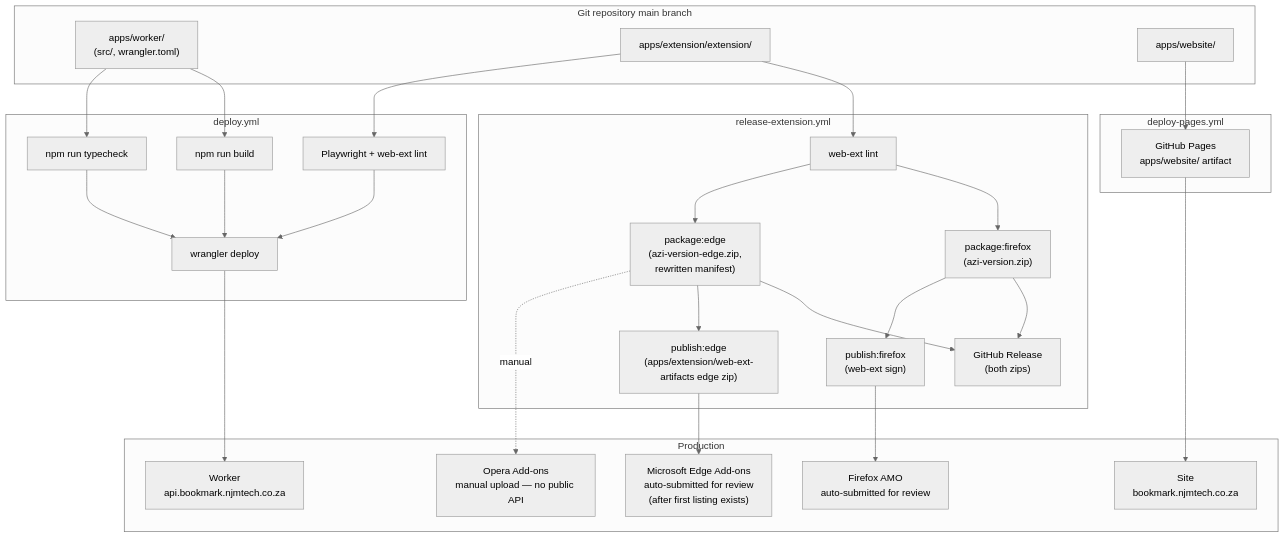
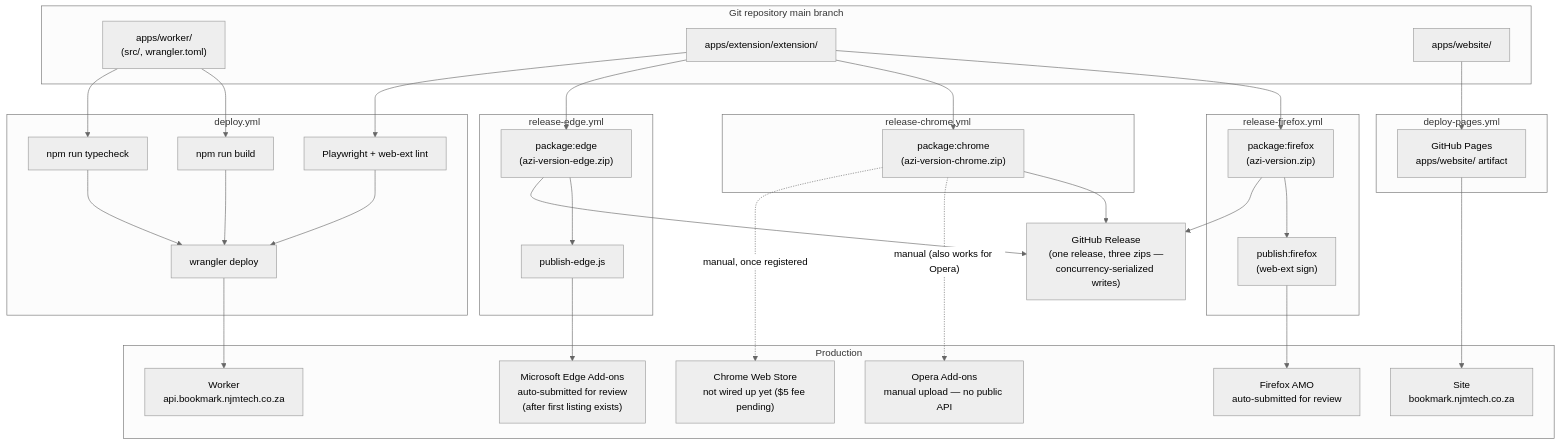
One commit to omoinjm/njmtech-cross-browser-bookmark changed the fourth of 4 diagrams in docs/README.md. Above: the diagram before and after it, drawn with Mermaid (neutral theme). The commit also changed other lines of this file and 9 other files, not shown here.

````diff
--- a/docs/README.md
+++ b/docs/README.md
@@ -129,56 +129,66 @@
 ```mermaid
 flowchart TB
   subgraph repo [Git repository main branch]
     srcCode["apps/worker/\n(src/, wrangler.toml)"]
     extCode["apps/extension/extension/"]
     webCode["apps/website/"]
   end
 
   subgraph ciWorker [deploy.yml]
     build["npm run build"]
     typecheck["npm run typecheck"]
     xbrowser["Playwright + web-ext lint"]
     wranglerDeploy["wrangler deploy"]
   end
 
-  subgraph ciRelease [release-extension.yml]
-    extLint["web-ext lint"]
-    extPack["package:firefox\n(azi-version.zip)"]
-    edgePack["package:edge\n(azi-version-edge.zip,\nrewritten manifest)"]
-    ghRelease["GitHub Release\n(both zips)"]
-    edgeSubmit["publish:edge\n(apps/extension/web-ext-artifacts edge zip)"]
+  subgraph ciFirefox [release-firefox.yml]
+    ffPack["package:firefox\n(azi-version.zip)"]
     amoSubmit["publish:firefox\n(web-ext sign)"]
   end
+
+  subgraph ciChrome [release-chrome.yml]
+    chromePack["package:chrome\n(azi-version-chrome.zip)"]
+  end
+
+  subgraph ciEdge [release-edge.yml]
+    edgePack["package:edge\n(azi-version-edge.zip)"]
+    edgeSubmit["publish-edge.js"]
+  end
+
+  ghRelease["GitHub Release\n(one release, three zips —\nconcurrency-serialized writes)"]
 
   subgraph ciPages [deploy-pages.yml]
     pagesDeploy["GitHub Pages\napps/website/ artifact"]
   end
 
   subgraph prod [Production]
     workerProd["Worker\napi.bookmark.njmtech.co.za"]
     pagesProd["Site\nbookmark.njmtech.co.za"]
     amo["Firefox AMO\nauto-submitted for review"]
     edge["Microsoft Edge Add-ons\nauto-submitted for review\n(after first listing exists)"]
     opera["Opera Add-ons\nmanual upload — no public API"]
+    chromeStore["Chrome Web Store\nnot wired up yet ($5 fee pending)"]
   end
 
-  extCode --> extLint
-  extLint --> extPack
-  extLint --> edgePack
-  extPack --> ghRelease
+  extCode --> ffPack --> amoSubmit --> amo
+  extCode --> chromePack
+  extCode --> edgePack --> edgeSubmit --> edge
+
+  ffPack --> ghRelease
+  chromePack --> ghRelease
   edgePack --> ghRelease
-  extPack --> amoSubmit --> amo
-  edgePack --> edgeSubmit --> edge
-  edgePack -.->|"manual"| opera
+
+  chromePack -.->|"manual (also works for Opera)"| opera
+  chromePack -.->|"manual, once registered"| chromeStore
 
   srcCode --> build
   srcCode --> typecheck
   extCode --> xbrowser
   build --> wranglerDeploy
   typecheck --> wranglerDeploy
   xbrowser --> wranglerDeploy
   wranglerDeploy --> workerProd
 
   webCode --> pagesDeploy
   pagesDeploy --> pagesProd
 ```
````
